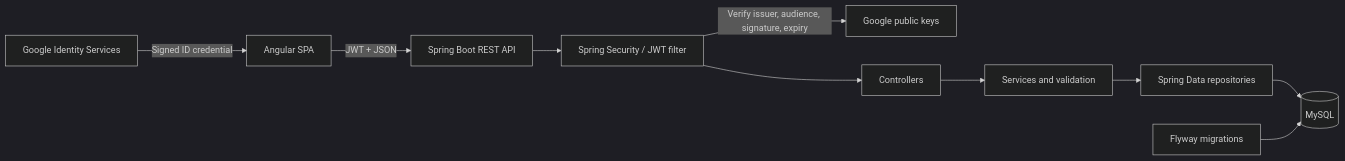
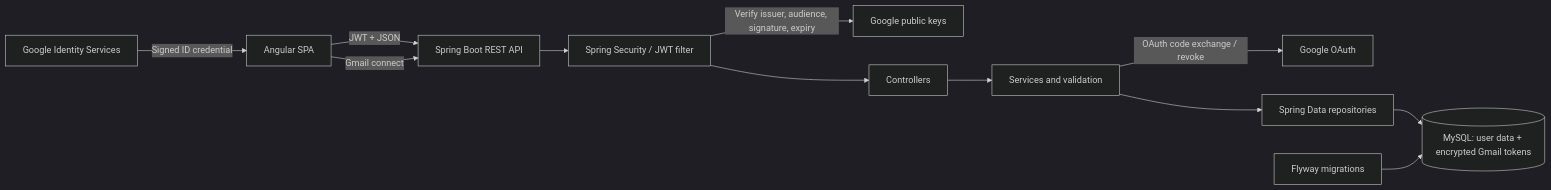
The diagram in README.md (NeelLogic/JobTrackr), drawn with Mermaid (dark theme) before and after one commit. The commit also changed other lines of this file, not shown here.

Commit message:
docs: document Phase 8 Gmail setup

````diff
--- a/README.md
+++ b/README.md
@@ -39,12 +40,14 @@
 ```mermaid
 flowchart LR
     GIS["Google Identity Services"] -->|"Signed ID credential"| UI
     UI["Angular SPA"] -->|"JWT + JSON"| API["Spring Boot REST API"]
+    UI -->|"Gmail connect"| API
     API --> SEC["Spring Security / JWT filter"]
     SEC -->|"Verify issuer, audience, signature, expiry"| GKEYS["Google public keys"]
     SEC --> CTRL["Controllers"]
     CTRL --> SVC["Services and validation"]
+    SVC -->|"OAuth code exchange / revoke"| GOAUTH["Google OAuth"]
     SVC --> REPO["Spring Data repositories"]
-    REPO --> DB[("MySQL")]
+    REPO --> DB[("MySQL: user data + encrypted Gmail tokens")]
     FLY["Flyway migrations"] --> DB
 ```
````
